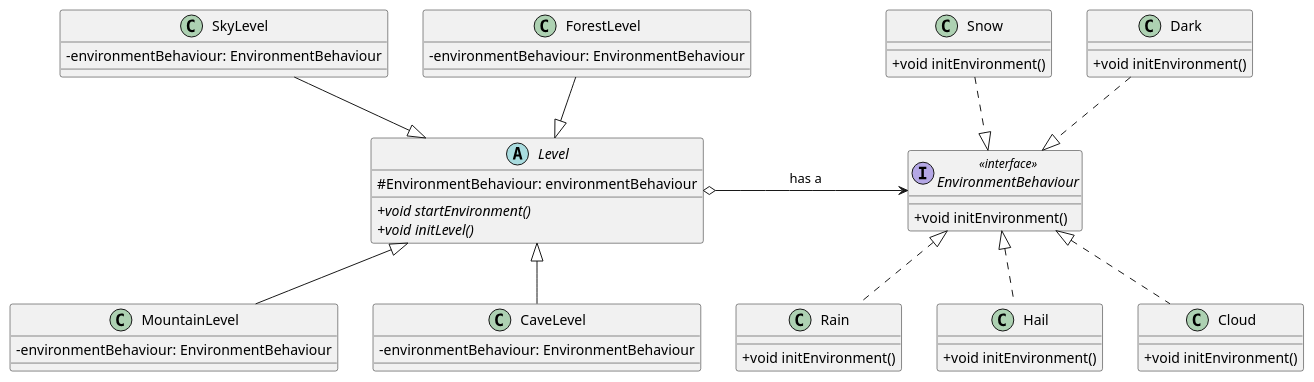
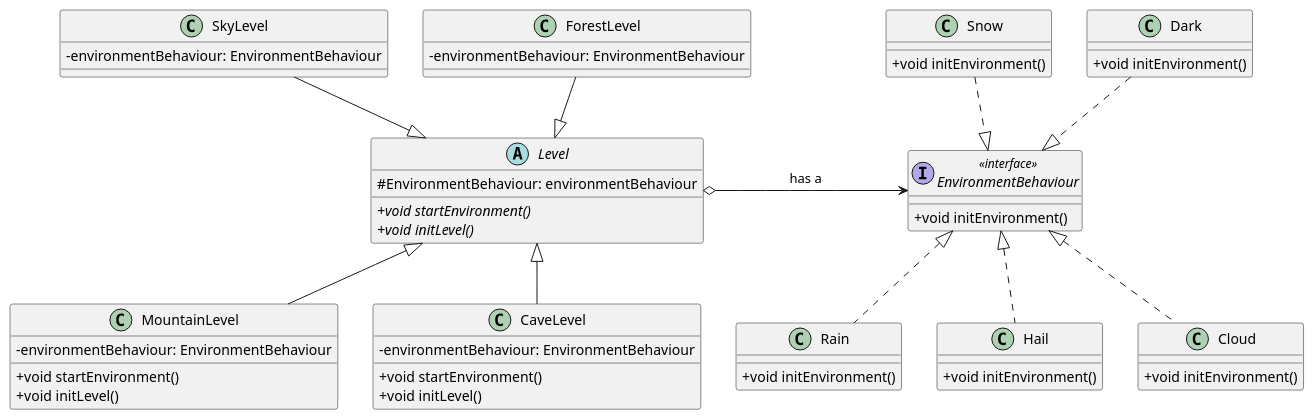
Before and after one commit to emilyswitzer/JavaJumpGame: the diagram in images/STRATEGYPATTERN.puml, drawn with PlantUML. The commit also changed 95 other files, not shown here.

Commit message:
Grammar fixes and naming fixes. UML Class diagrams also altered to accommodate the changes

```diff
--- a/images/STRATEGYPATTERN.puml
+++ b/images/STRATEGYPATTERN.puml
@@ -1,76 +1,80 @@
 @startuml
 skinparam classAttributeIconSize 0
 
 
 interface EnvironmentBehaviour <<interface>>{
      +void initEnvironment()
 }
 
 class Rain{
   +void initEnvironment()
 }
 
 
 class Snow{
   +void initEnvironment()
 }
 
 class Dark{
   +void initEnvironment()
 }
 
 class Hail{
   +void initEnvironment()
 }
 
 class Cloud{
   +void initEnvironment()
 }
 
 EnvironmentBehaviour <|.. Rain
 Dark ..|> EnvironmentBehaviour
 Snow ..|> EnvironmentBehaviour
 EnvironmentBehaviour <|.. Cloud
 EnvironmentBehaviour <|.. Hail
 
 Level o->	 EnvironmentBehaviour : has a
 
 
 abstract class Level {
     #EnvironmentBehaviour: environmentBehaviour
 
     +{abstract} void startEnvironment()
     +{abstract} void initLevel()
 
 
 }
 
 class MountainLevel {
 -environmentBehaviour: EnvironmentBehaviour
+ +void startEnvironment()
+    +void initLevel()
 
 }
 
 class CaveLevel {
    -environmentBehaviour: EnvironmentBehaviour
+   +void startEnvironment()
+       +void initLevel()
 }
 
 class SkyLevel {
    -environmentBehaviour: EnvironmentBehaviour
 
 }
 
 class ForestLevel{
 -environmentBehaviour: EnvironmentBehaviour
 }
 
 Level <|-- CaveLevel
 Level<|-- MountainLevel
 SkyLevel --|> Level
 ForestLevel --|> Level
 
 
 
 
 
 
 @enduml
```
